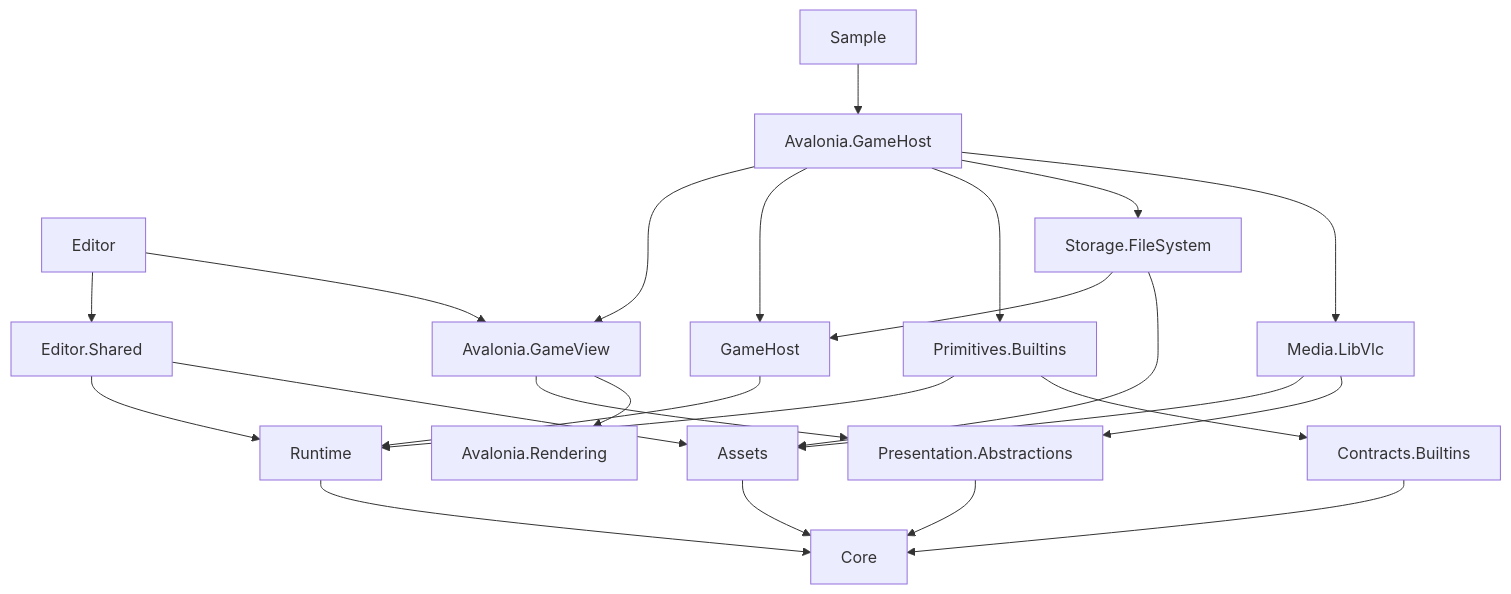
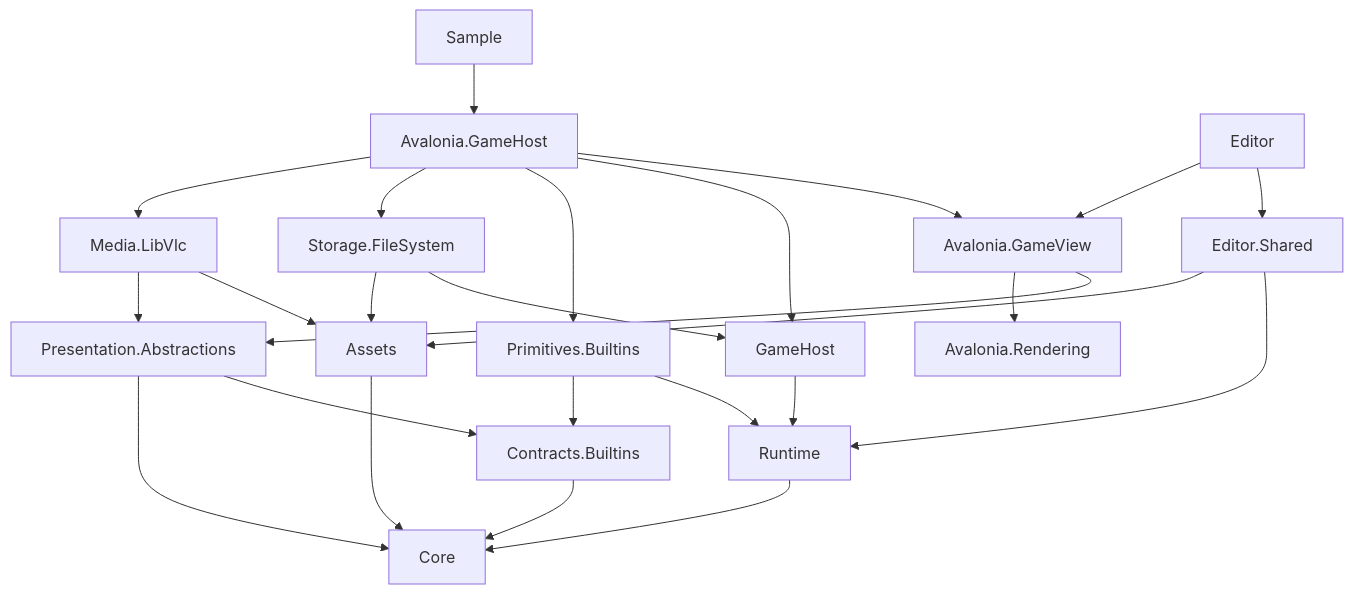
One commit to StarryXYJ/Gal.Net changed the diagram in docs/spec/architecture.md. Above: the diagram before and after it, drawn with Mermaid. The commit also changed other lines of this file and 237 other files, not shown here.

````diff
--- a/docs/spec/architecture.md
+++ b/docs/spec/architecture.md
@@ -25,26 +25,27 @@
 ```mermaid
 flowchart TB
     Sample[Sample] --> AvaloniaHost[Avalonia.GameHost]
     Editor[Editor] --> EditorShared[Editor.Shared]
     Editor --> GameView[Avalonia.GameView]
     EditorShared --> Runtime
     EditorShared --> Assets
     AvaloniaHost --> GameView
     AvaloniaHost --> Host[GameHost]
     AvaloniaHost --> Builtins[Primitives.Builtins]
     AvaloniaHost --> Storage[Storage.FileSystem]
     AvaloniaHost --> Media[Media.LibVlc]
     Host --> Runtime
     Builtins --> Runtime
     Builtins --> Contracts[Contracts.Builtins]
     Storage --> Host
     Storage --> Assets
     Media --> Assets
     Media --> Ports[Presentation.Abstractions]
     GameView --> Ports
     GameView --> Rendering[Avalonia.Rendering]
     Runtime --> Core
+    Ports --> Contracts
     Ports --> Core
     Contracts --> Core
     Assets --> Core
 ```
````
